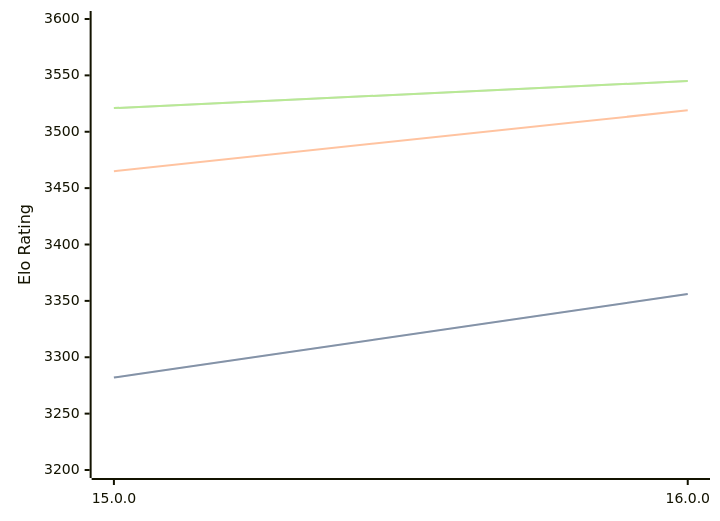
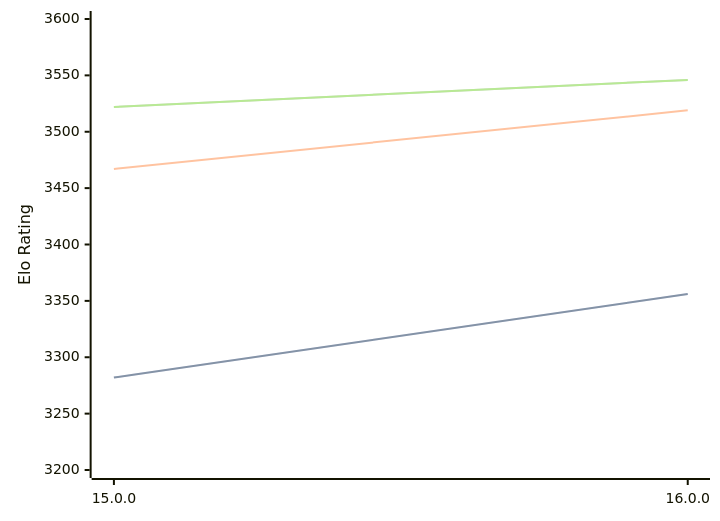
One commit to computer-chess-index/cci changed the diagram in engines/Halogen.md. Above: the diagram before and after it, drawn with Mermaid. The commit also changed other lines of this file, not shown here.

Commit message:
Update CCI Ratings (ELO VLTC) - 2026-08-20

````diff
--- a/engines/Halogen.md
+++ b/engines/Halogen.md
@@ -32,11 +32,11 @@
 ```mermaid
 %%{init: {"theme":"base","themeVariables":{"seriesColors:['#a3a3a3','#222221','#faa371']}}}%%
 xychart-beta
   x-axis ["15.0.0", "16.0.0"]
   y-axis "Elo Rating" 3200 --> 3600
   line "STC (8.0+0.08s)" [3282, 3356]
   line "STC (8.0+0.08s)" [3282, 3356]
-  line "LTC (60.0+0.60s)" [3465, 3519]
-  line "VLTC (2m24s+1.12s)" [3521, 3545]
-  line "VLTC (2m24s+1.12s)" [3521, 3545]
+  line "LTC (60.0+0.60s)" [3467, 3519]
+  line "VLTC (2m24s+1.12s)" [3522, 3546]
+  line "VLTC (2m24s+1.12s)" [3522, 3546]
 ```
````
